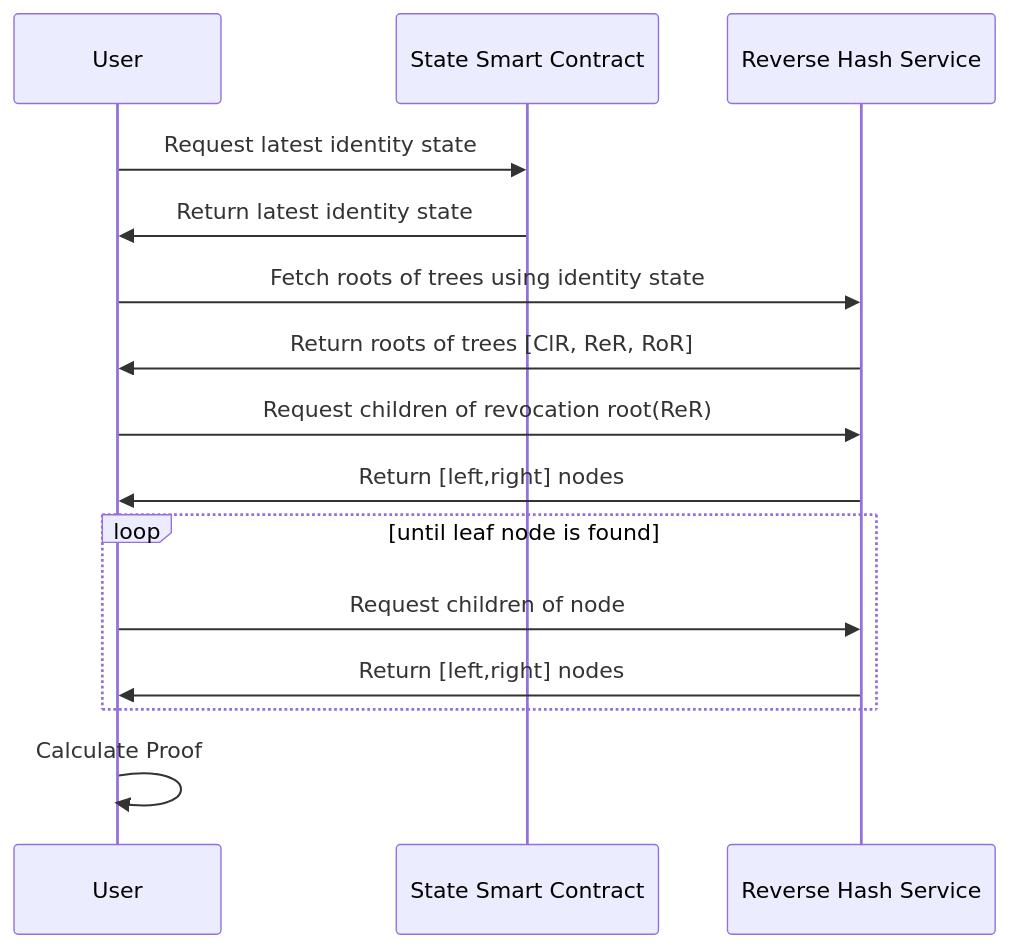
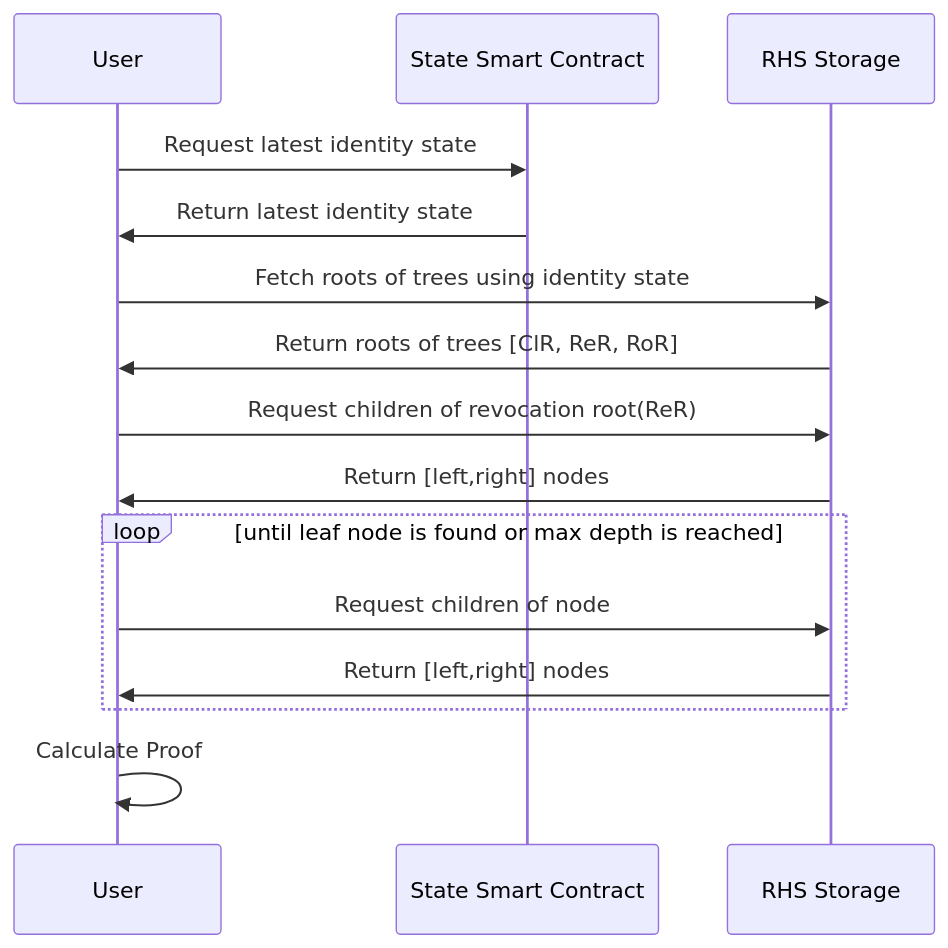
One commit to iden3/docs changed the diagram in mkdocs/docs/services/rhs.md. Above: the diagram before and after it, drawn with Mermaid. The commit also changed other lines of this file and 2 other files, not shown here.

Commit message:
Update docs with on-chain and off-chain implementations of RHS Storage

````diff
--- a/mkdocs/docs/services/rhs.md
+++ b/mkdocs/docs/services/rhs.md
@@ -30,17 +38,17 @@
 ```mermaid
 sequenceDiagram
     participant User
     participant SmartContract as State Smart Contract
-    participant RHS as Reverse Hash Service
+    participant RHS as RHS Storage
     User->>SmartContract: Request latest identity state
     SmartContract->>User: Return latest identity state
     User->>RHS: Fetch roots of trees using identity state
     RHS->>User: Return roots of trees  [ClR, ReR, RoR]
     User->>RHS: Request children of revocation root(ReR)
     RHS->>User: Return [left,right] nodes
-    loop until leaf node is found
+    loop until leaf node is found or max depth is reached
         User->>RHS: Request children of node
         RHS->>User: Return [left,right] nodes
     end
     User->>User: Calculate Proof
 ```
````
